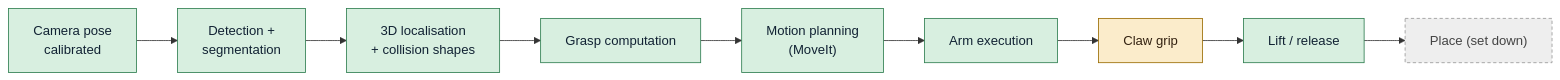
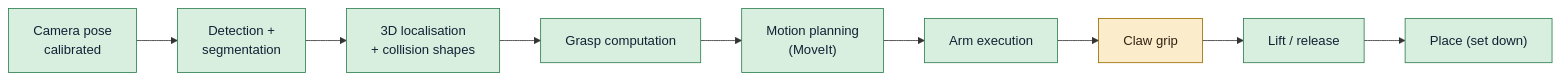
One commit to whoobee/qb_arm_install changed the diagram in docs/pages/01-status.md. Above: the diagram before and after it, drawn with Mermaid. The commit also changed other lines of this file and 5 other files, not shown here.

Commit message:
docs: place (flow, parameters, first real run); render_check.py for the diagrams

````diff
--- a/docs/pages/01-status.md
+++ b/docs/pages/01-status.md
@@ -12,14 +12,14 @@
 ```mermaid
 flowchart LR
     A["Camera pose<br/>calibrated"]:::done --> B["Detection +<br/>segmentation"]:::done
     B --> C["3D localisation<br/>+ collision shapes"]:::done
     C --> D["Grasp computation"]:::done
     D --> E["Motion planning<br/>(MoveIt)"]:::done
     E --> F["Arm execution"]:::done
     F --> G["Claw grip"]:::partial
     G --> H["Lift / release"]:::done
-    H --> I["Place (set down)"]:::todo
+    H --> I["Place (set down)"]:::done
     classDef done fill:#d8efe0,stroke:#2e7d4f,color:#123
     classDef partial fill:#fbeccb,stroke:#9a6b00,color:#321
     classDef todo fill:#eee,stroke:#999,color:#444,stroke-dasharray: 4 3
 ```
````
